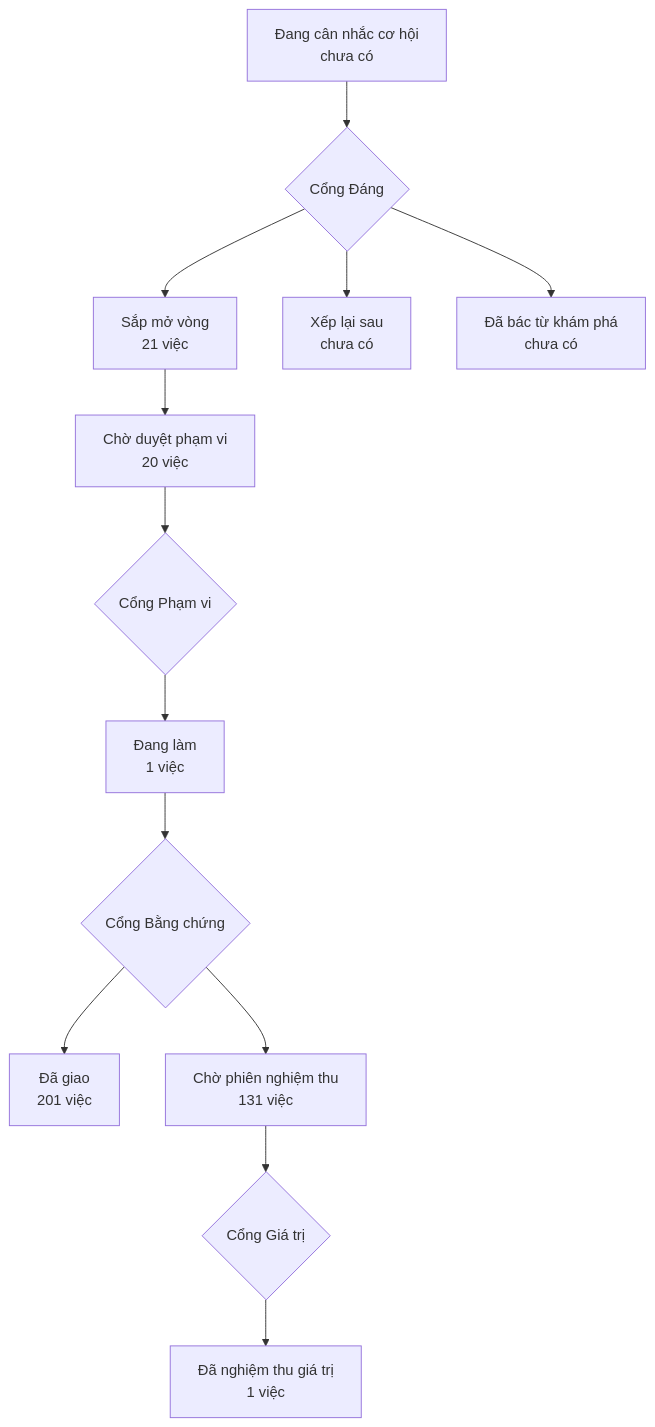
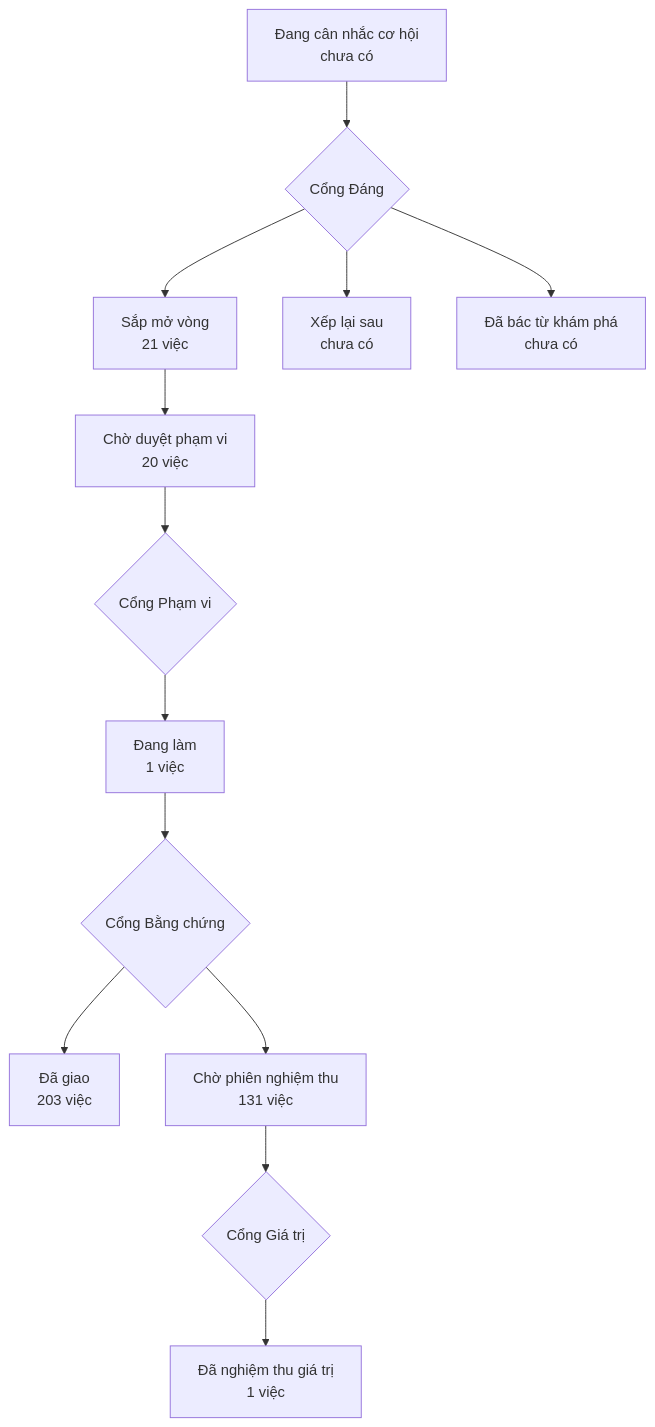
The diagram in PRODUCT-MAP.md (phanlemanh/onehub-invest), drawn with Mermaid before and after one commit. The commit also changed other lines of this file and 1 other file, not shown here.

Commit message:
chore: vẽ lại bản đồ sau khi gộp main

````diff
--- a/PRODUCT-MAP.md
+++ b/PRODUCT-MAP.md
@@ -7,12 +7,12 @@
 ```mermaid
 flowchart TD
   A["Đang cân nhắc cơ hội<br/>chưa có"] --> GD{"Cổng Đáng"}
   GD --> B["Sắp mở vòng<br/>21 việc"]
   GD --> XL["Xếp lại sau<br/>chưa có"]
   GD --> DB["Đã bác từ khám phá<br/>chưa có"]
   B --> CD["Chờ duyệt phạm vi<br/>20 việc"] --> GP{"Cổng Phạm vi"}
   GP --> DL["Đang làm<br/>1 việc"] --> GB{"Cổng Bằng chứng"}
-  GB --> DG["Đã giao<br/>201 việc"]
+  GB --> DG["Đã giao<br/>203 việc"]
   GB --> CN["Chờ phiên nghiệm thu<br/>131 việc"] --> GG{"Cổng Giá trị"}
   GG --> NT["Đã nghiệm thu giá trị<br/>1 việc"]
 ```
````
